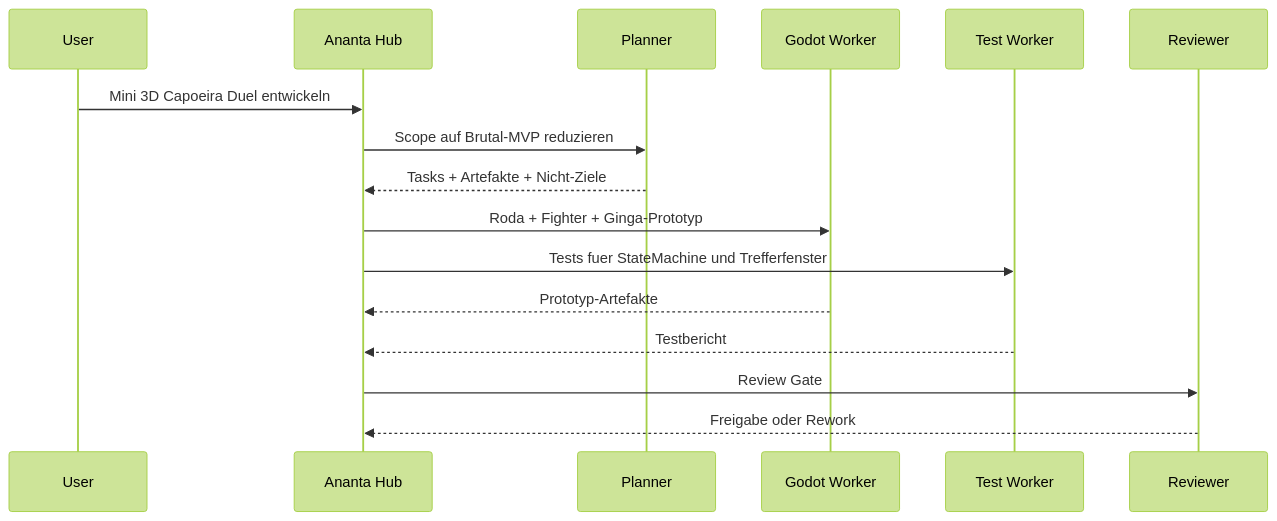
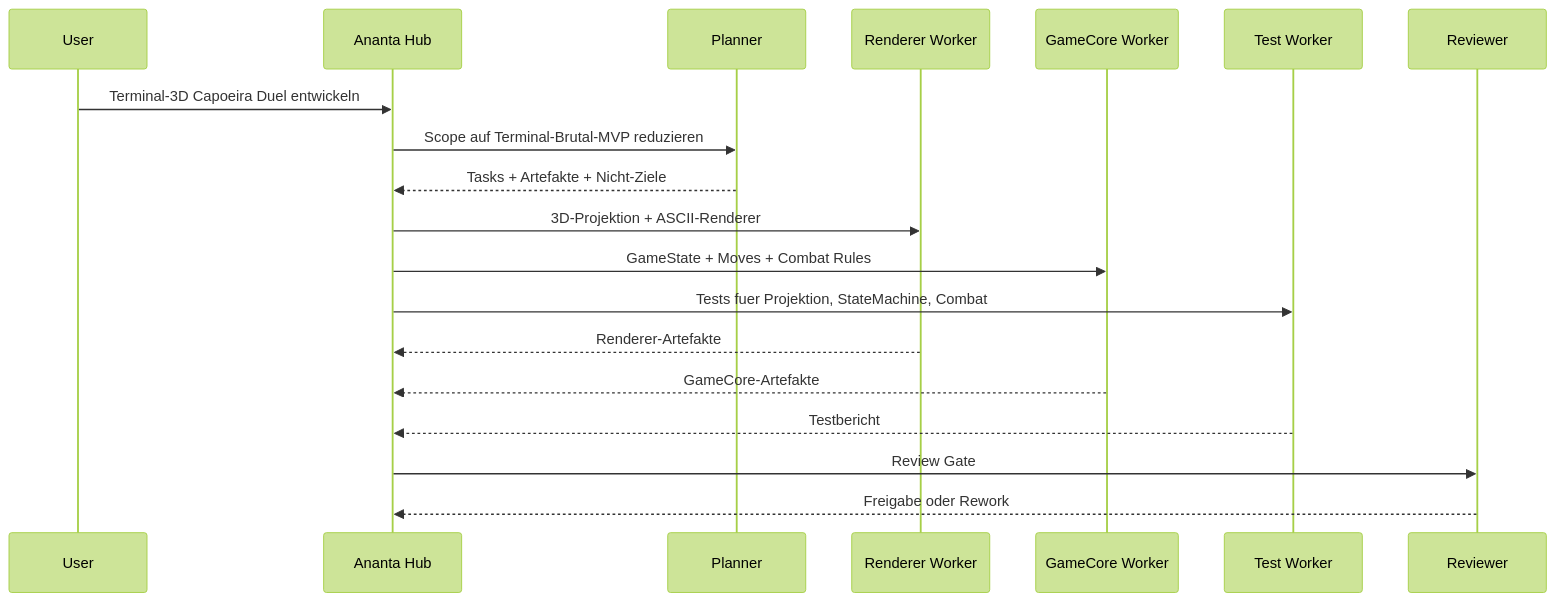
One commit to ananta888/ananta changed the fifth of 5 diagrams in docs/examples/ananta-capoeira-duel/README.md. Above: the diagram before and after it, drawn with Mermaid (forest theme). The commit also changed other lines of this file, not shown here.

Commit message:
Refocus capoeira duel on terminal 3D prototype

````diff
--- a/docs/examples/ananta-capoeira-duel/README.md
+++ b/docs/examples/ananta-capoeira-duel/README.md
@@ -131,19 +155,22 @@
 ```mermaid
 sequenceDiagram
     participant U as User
     participant H as Ananta Hub
     participant P as Planner
-    participant G as Godot Worker
+    participant R as Renderer Worker
+    participant G as GameCore Worker
     participant T as Test Worker
-    participant R as Reviewer
+    participant V as Reviewer
 
-    U->>H: Mini 3D Capoeira Duel entwickeln
-    H->>P: Scope auf Brutal-MVP reduzieren
+    U->>H: Terminal-3D Capoeira Duel entwickeln
+    H->>P: Scope auf Terminal-Brutal-MVP reduzieren
     P-->>H: Tasks + Artefakte + Nicht-Ziele
-    H->>G: Roda + Fighter + Ginga-Prototyp
-    H->>T: Tests fuer StateMachine und Trefferfenster
-    G-->>H: Prototyp-Artefakte
+    H->>R: 3D-Projektion + ASCII-Renderer
+    H->>G: GameState + Moves + Combat Rules
+    H->>T: Tests fuer Projektion, StateMachine, Combat
+    R-->>H: Renderer-Artefakte
+    G-->>H: GameCore-Artefakte
     T-->>H: Testbericht
-    H->>R: Review Gate
-    R-->>H: Freigabe oder Rework
+    H->>V: Review Gate
+    V-->>H: Freigabe oder Rework
 ```
````
